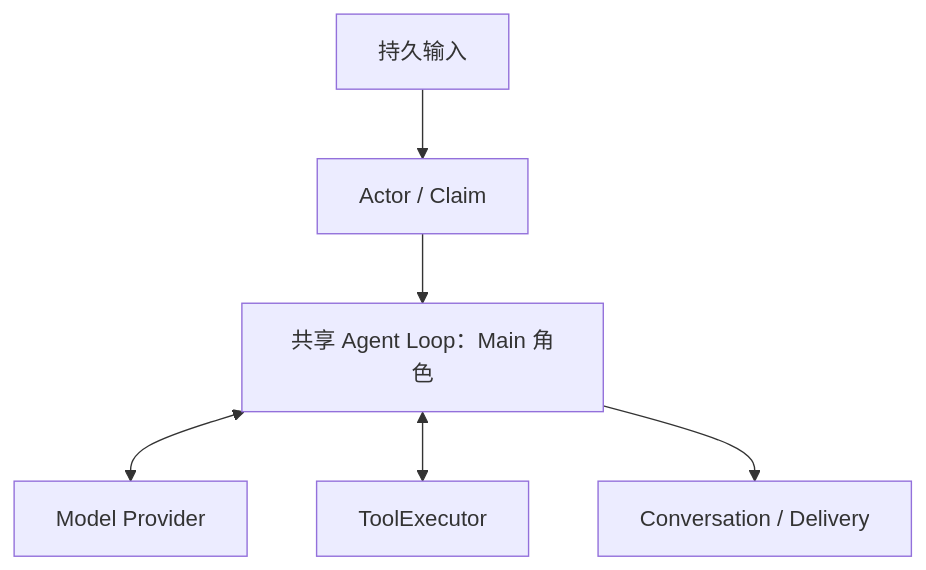
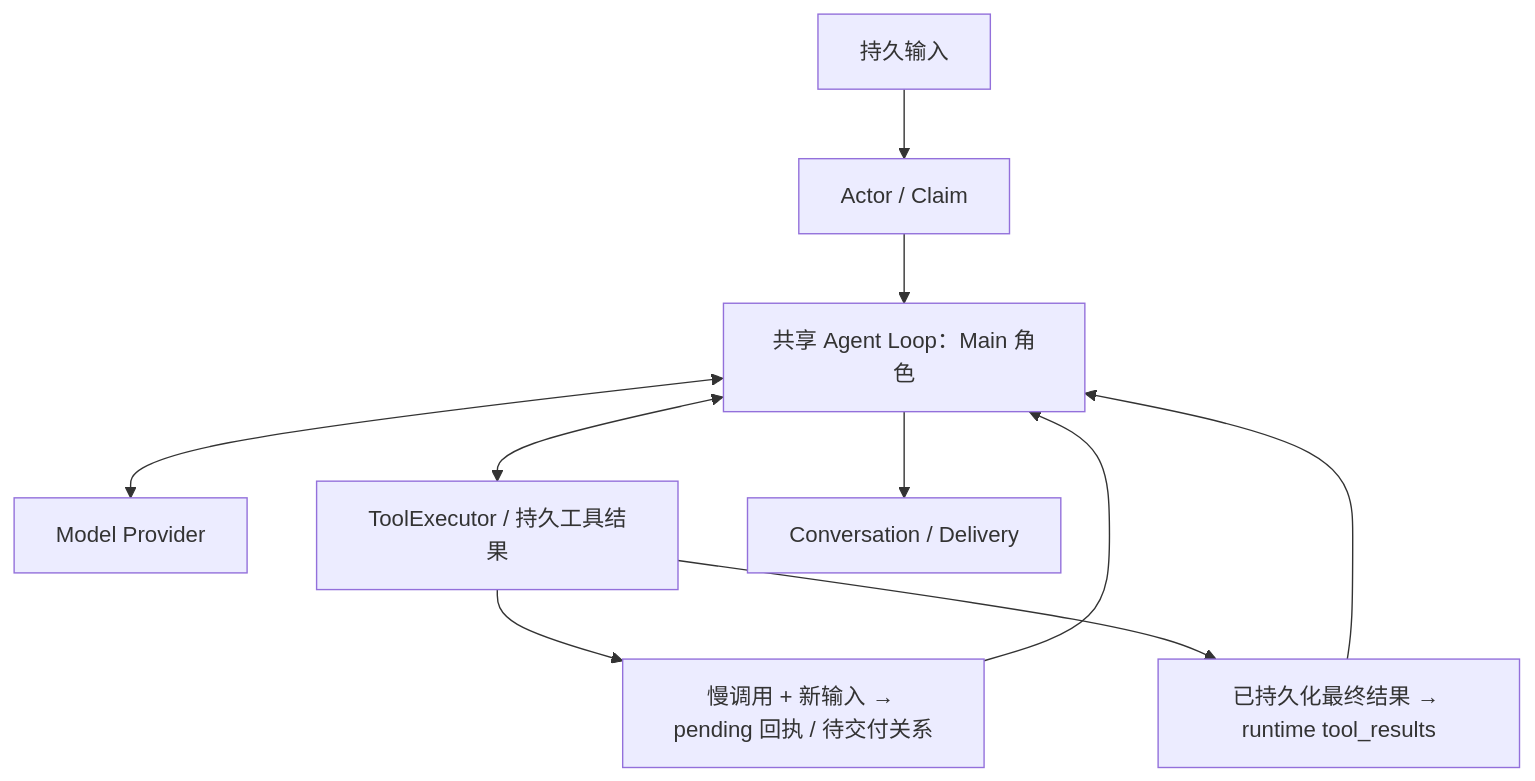
Before and after one commit to z-chenhao/assistant: the diagram in docs/designs/conversation.md, drawn with Mermaid. The commit also changed other lines of this file and 46 other files, not shown here.

````diff
--- a/docs/designs/conversation.md
+++ b/docs/designs/conversation.md
@@ -11,8 +11,12 @@
 ```mermaid
 flowchart TD
     I["持久输入"] --> A["Actor / Claim"]
     A --> L["共享 Agent Loop：Main 角色"]
     L <--> M["Model Provider"]
-    L <--> T["ToolExecutor"]
+    L <--> T["ToolExecutor / 持久工具结果"]
+    T --> P["慢调用 + 新输入 → pending 回执 / 待交付关系"]
+    P --> L
+    T --> E["已持久化最终结果 → runtime tool_results"]
+    E --> L
     L --> R["Conversation / Delivery"]
 ```
````
